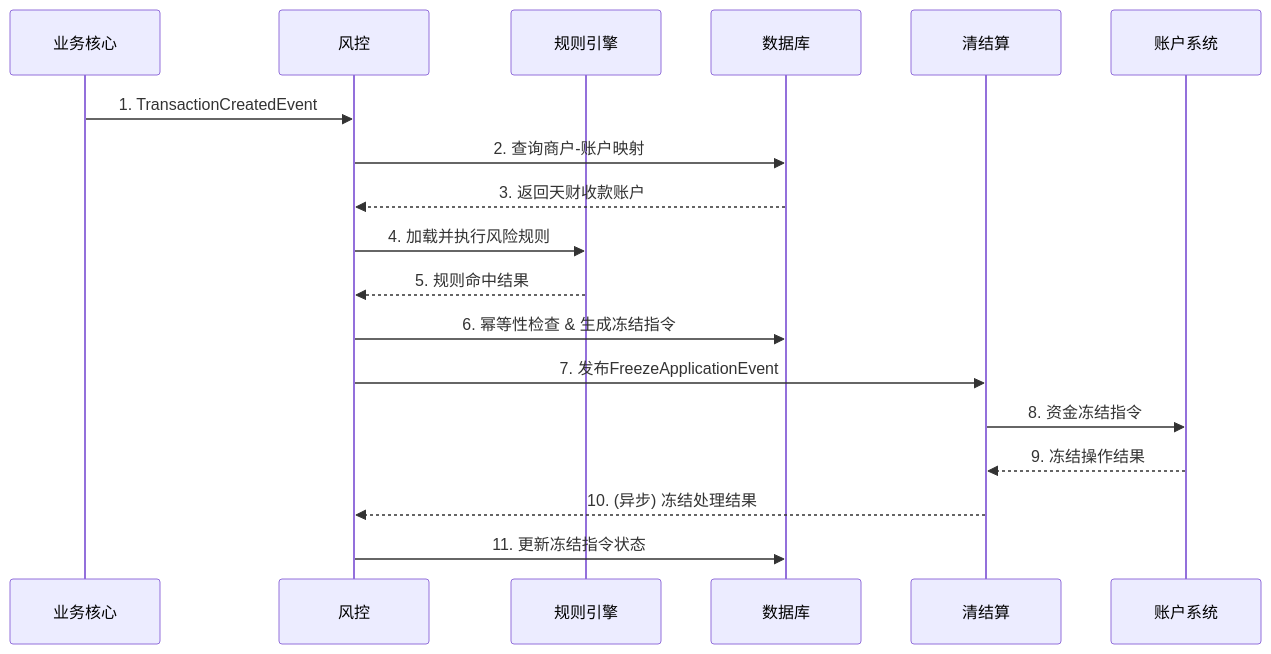
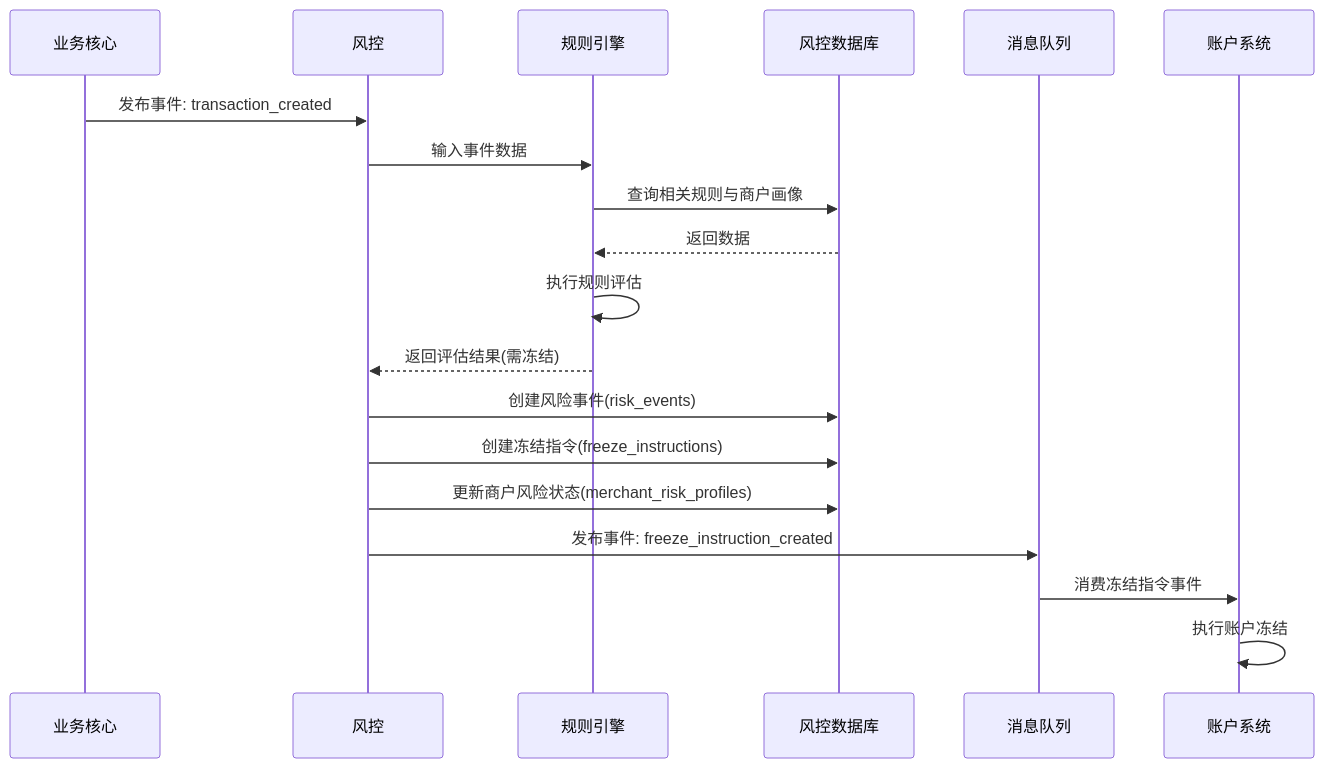
Before and after one commit to youzi211/AiCoding: the diagram in data/天财分账需求/gpt-5.2/workspace/02_modules/module_风控.md, drawn with Mermaid. The commit also changed other lines of this file and 41 other files, not shown here.

````diff
--- a/data/天财分账需求/gpt-5.2/workspace/02_modules/module_风控.md
+++ b/data/天财分账需求/gpt-5.2/workspace/02_modules/module_风控.md
@@ -77,21 +68,22 @@
 ```mermaid
 sequenceDiagram
-    participant 业务核心 as 业务核心
-    participant 风控 as 风控
-    participant 规则引擎 as 规则引擎
-    participant 数据库 as 数据库
-    participant 清结算 as 清结算
-    participant 账户系统 as 账户系统
+    participant 业务核心
+    participant 风控
+    participant 规则引擎
+    participant 风控DB as 风控数据库
+    participant 消息队列
+    participant 账户系统
 
-    业务核心->>风控: 1. TransactionCreatedEvent
-    风控->>数据库: 2. 查询商户-账户映射
-    数据库-->>风控: 3. 返回天财收款账户
-    风控->>规则引擎: 4. 加载并执行风险规则
-    规则引擎-->>风控: 5. 规则命中结果
-    风控->>数据库: 6. 幂等性检查 & 生成冻结指令
-    风控->>清结算: 7. 发布FreezeApplicationEvent
-    清结算->>账户系统: 8. 资金冻结指令
-    账户系统-->>清结算: 9. 冻结操作结果
-    清结算-->>风控: 10. (异步) 冻结处理结果
-    风控->>数据库: 11. 更新冻结指令状态
+    业务核心->>风控: 发布事件: transaction_created
+    风控->>规则引擎: 输入事件数据
+    规则引擎->>风控DB: 查询相关规则与商户画像
+    风控DB-->>规则引擎: 返回数据
+    规则引擎->>规则引擎: 执行规则评估
+    规则引擎-->>风控: 返回评估结果(需冻结)
+    风控->>风控DB: 创建风险事件(risk_events)
+    风控->>风控DB: 创建冻结指令(freeze_instructions)
+    风控->>风控DB: 更新商户风险状态(merchant_risk_profiles)
+    风控->>消息队列: 发布事件: freeze_instruction_created
+    消息队列->>账户系统: 消费冻结指令事件
+    账户系统->>账户系统: 执行账户冻结
 ```
````
